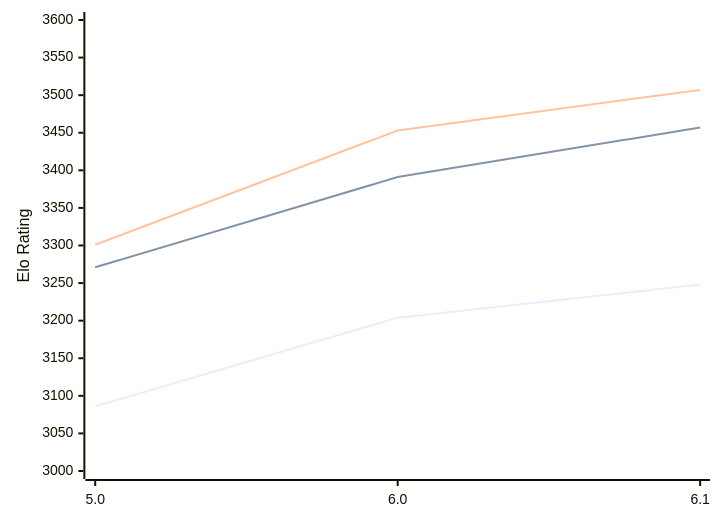
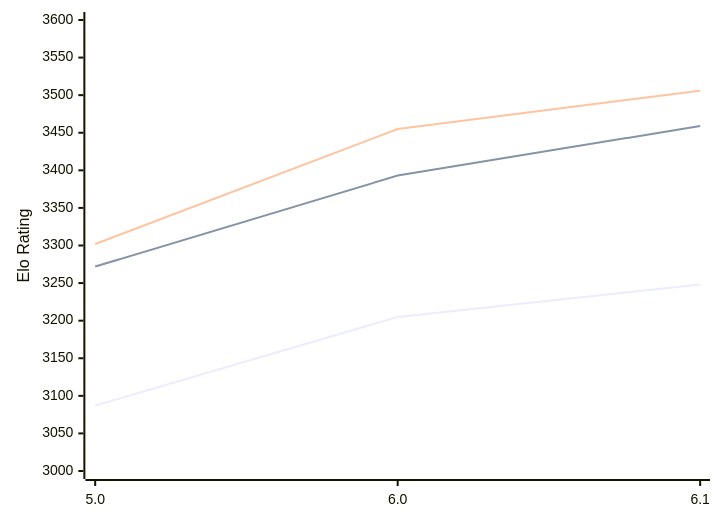
One commit to computer-chess-index/cci changed the diagram in engines/PZChessBot.md. Above: the diagram before and after it, drawn with Mermaid. The commit also changed other lines of this file, not shown here.

Commit message:
Update CCI Ratings (ELO VLTC) - 2026-02-13

````diff
--- a/engines/PZChessBot.md
+++ b/engines/PZChessBot.md
@@ -39,9 +39,9 @@
 ```mermaid
 %%{init: {"theme":"base","themeVariables":{"seriesColors:['#a3a3a3','#222221','#faa371']}}}%%
 xychart-beta
   x-axis ["5.0", "6.0", "6.1"]
   y-axis "Elo Rating" 3000 --> 3600
-  line "STC (8.0+0.08s)" [3086, 3204, 3248]
-  line "LTC (60.0+0.60s)" [3271, 3391, 3457]
-  line "VLTC (2m24s+1.12s)" [3301, 3453, 3507]
+  line "STC (8.0+0.08s)" [3087, 3205, 3248]
+  line "LTC (60.0+0.60s)" [3272, 3393, 3459]
+  line "VLTC (2m24s+1.12s)" [3302, 3455, 3506]
 ```
````
